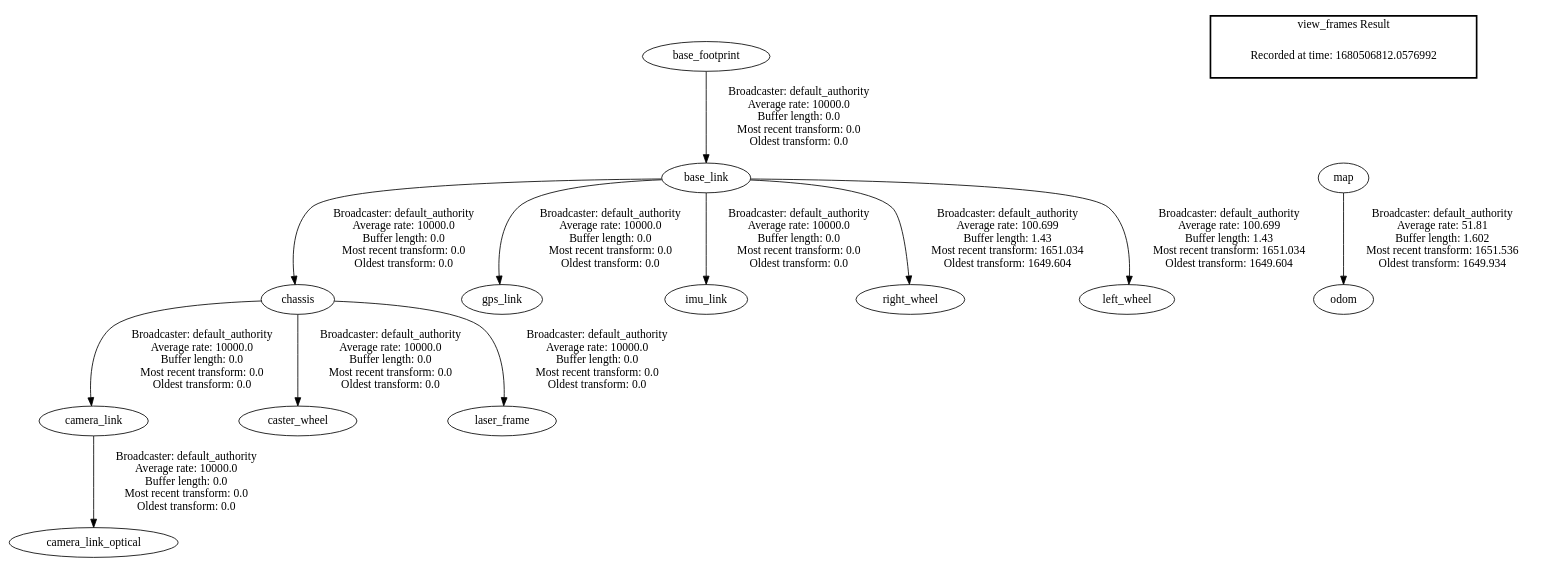
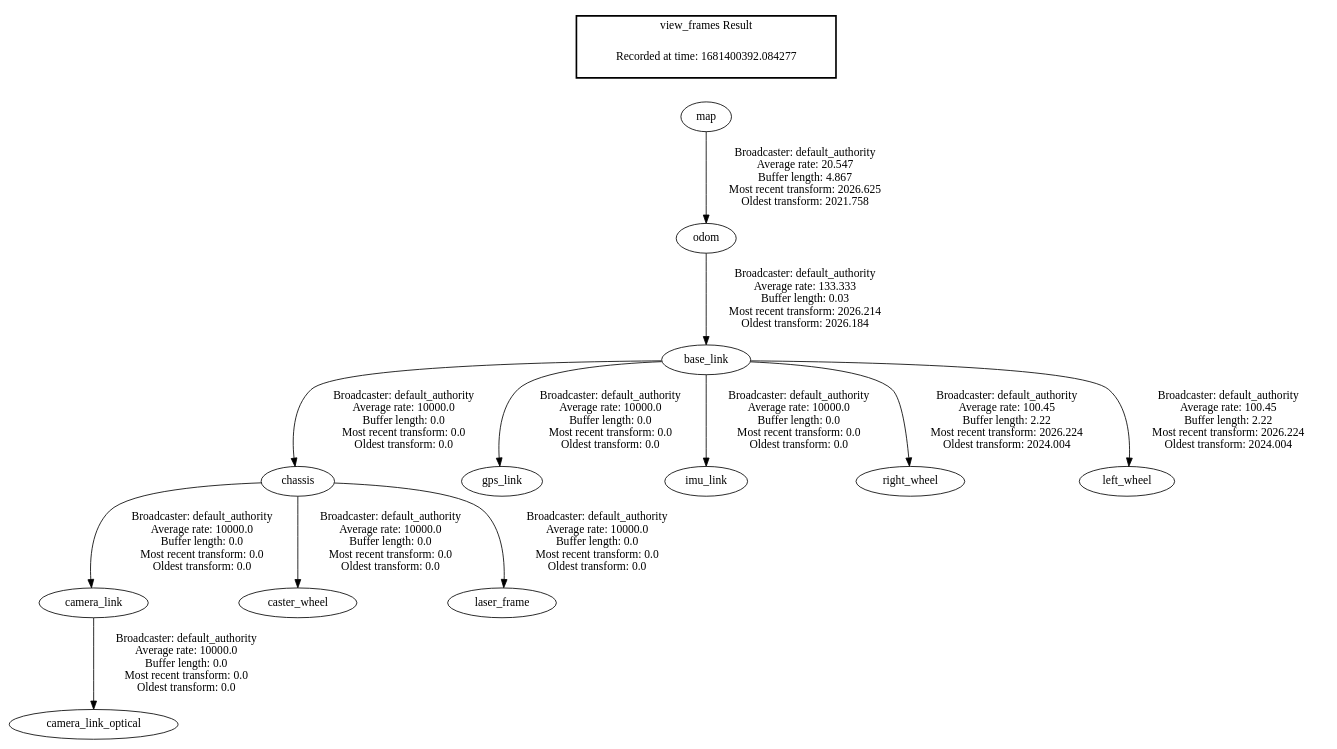
The diagram in frames.gv (riolaf05/robot-ros), drawn with Graphviz before and after one commit. The commit also changed 74 other files, not shown here.

Commit message:
publicazione map e odom frame

```diff
--- a/frames.gv
+++ b/frames.gv
@@ -1,17 +1,17 @@
 digraph G {
-"base_footprint" -> "base_link"[label=" Broadcaster: default_authority\nAverage rate: 10000.0\nBuffer length: 0.0\nMost recent transform: 0.0\nOldest transform: 0.0\n"];
+"map" -> "odom"[label=" Broadcaster: default_authority\nAverage rate: 20.547\nBuffer length: 4.867\nMost recent transform: 2026.625\nOldest transform: 2021.758\n"];
+"odom" -> "base_link"[label=" Broadcaster: default_authority\nAverage rate: 133.333\nBuffer length: 0.03\nMost recent transform: 2026.214\nOldest transform: 2026.184\n"];
 "chassis" -> "camera_link"[label=" Broadcaster: default_authority\nAverage rate: 10000.0\nBuffer length: 0.0\nMost recent transform: 0.0\nOldest transform: 0.0\n"];
 "base_link" -> "chassis"[label=" Broadcaster: default_authority\nAverage rate: 10000.0\nBuffer length: 0.0\nMost recent transform: 0.0\nOldest transform: 0.0\n"];
 "camera_link" -> "camera_link_optical"[label=" Broadcaster: default_authority\nAverage rate: 10000.0\nBuffer length: 0.0\nMost recent transform: 0.0\nOldest transform: 0.0\n"];
 "chassis" -> "caster_wheel"[label=" Broadcaster: default_authority\nAverage rate: 10000.0\nBuffer length: 0.0\nMost recent transform: 0.0\nOldest transform: 0.0\n"];
 "base_link" -> "gps_link"[label=" Broadcaster: default_authority\nAverage rate: 10000.0\nBuffer length: 0.0\nMost recent transform: 0.0\nOldest transform: 0.0\n"];
 "base_link" -> "imu_link"[label=" Broadcaster: default_authority\nAverage rate: 10000.0\nBuffer length: 0.0\nMost recent transform: 0.0\nOldest transform: 0.0\n"];
 "chassis" -> "laser_frame"[label=" Broadcaster: default_authority\nAverage rate: 10000.0\nBuffer length: 0.0\nMost recent transform: 0.0\nOldest transform: 0.0\n"];
-"map" -> "odom"[label=" Broadcaster: default_authority\nAverage rate: 51.81\nBuffer length: 1.602\nMost recent transform: 1651.536\nOldest transform: 1649.934\n"];
-"base_link" -> "right_wheel"[label=" Broadcaster: default_authority\nAverage rate: 100.699\nBuffer length: 1.43\nMost recent transform: 1651.034\nOldest transform: 1649.604\n"];
-"base_link" -> "left_wheel"[label=" Broadcaster: default_authority\nAverage rate: 100.699\nBuffer length: 1.43\nMost recent transform: 1651.034\nOldest transform: 1649.604\n"];
+"base_link" -> "right_wheel"[label=" Broadcaster: default_authority\nAverage rate: 100.45\nBuffer length: 2.22\nMost recent transform: 2026.224\nOldest transform: 2024.004\n"];
+"base_link" -> "left_wheel"[label=" Broadcaster: default_authority\nAverage rate: 100.45\nBuffer length: 2.22\nMost recent transform: 2026.224\nOldest transform: 2024.004\n"];
 edge [style=invis];
  subgraph cluster_legend { style=bold; color=black; label ="view_frames Result";
-"Recorded at time: 1680506812.0576992"[ shape=plaintext ] ;
+"Recorded at time: 1681400392.084277"[ shape=plaintext ] ;
 }->"map";
 }
```
